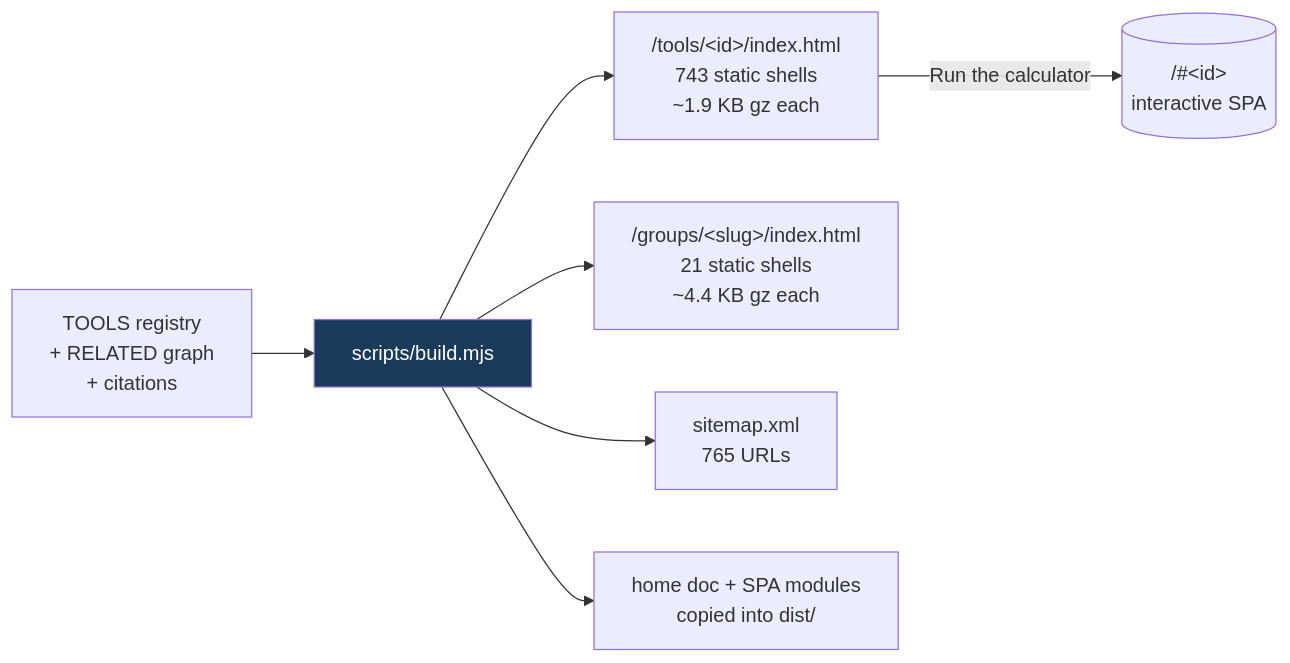
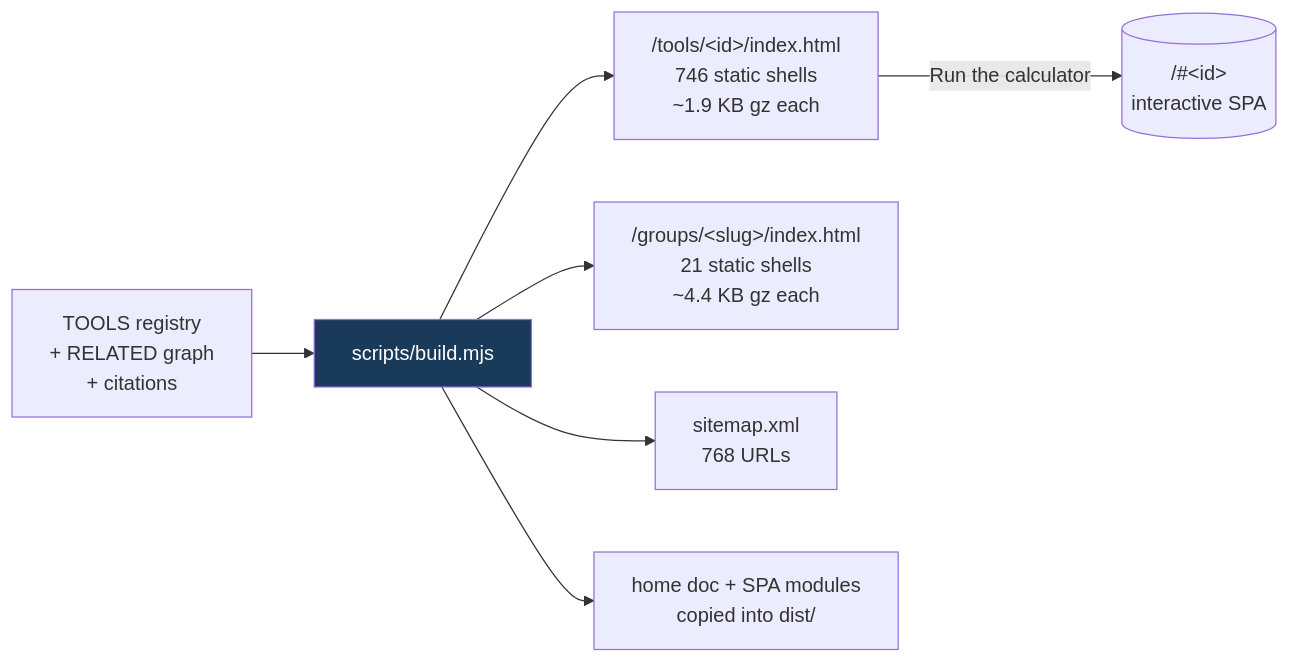
One commit to clay-good/roughlogic.com changed the fifth of 8 diagrams in README.md. Above: the diagram before and after it, drawn with Mermaid. The commit also changed other lines of this file and 18 other files, not shown here.

````diff
--- a/README.md
+++ b/README.md
@@ -495,10 +495,10 @@
 ```mermaid
 flowchart LR
     SRC[TOOLS registry\n+ RELATED graph\n+ citations] --> BUILD[scripts/build.mjs]
-    BUILD --> TILE["/tools/&lt;id&gt;/index.html\n743 static shells\n~1.9 KB gz each"]
+    BUILD --> TILE["/tools/&lt;id&gt;/index.html\n746 static shells\n~1.9 KB gz each"]
     BUILD --> GROUP["/groups/&lt;slug&gt;/index.html\n21 static shells\n~4.4 KB gz each"]
-    BUILD --> MAP["sitemap.xml\n765 URLs"]
+    BUILD --> MAP["sitemap.xml\n768 URLs"]
     BUILD --> COPY[home doc + SPA modules\ncopied into dist/]
     TILE -->|Run the calculator| SPA[("/#&lt;id&gt;\ninteractive SPA")]
     style BUILD fill:#1a3a5a,color:#fff
 ```
````
